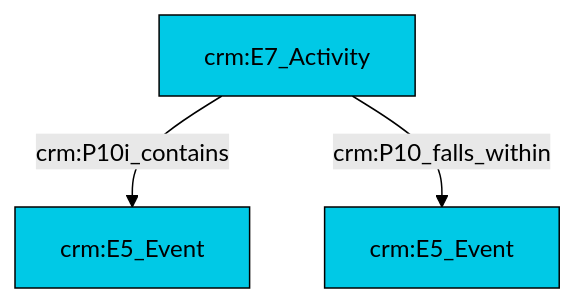
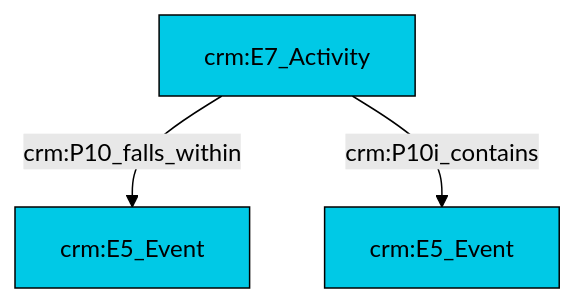
The diagram in et/eventCSV/ttl/mmd/event_parthood.ttl.mmd (swiss-art-research-net/reference-data-models), drawn with Mermaid (forest theme) before and after one commit. The commit also changed 132 other files, not shown here.

```diff
--- a/et/eventCSV/ttl/mmd/event_parthood.ttl.mmd
+++ b/et/eventCSV/ttl/mmd/event_parthood.ttl.mmd
@@ -1,17 +1,17 @@
 graph TD
 classDef Literal fill:#f2f2f2,stroke:#000000;
 classDef CRM_Entity fill:#FFFFFF,stroke:#000000;
 classDef Temporal_Entity fill:#00C9E6, stroke:#000000;
 classDef Type fill:#E18312, stroke:#000000;
 classDef Time-Span fill:#2C9C91, stroke:#000000;
 classDef Appellation fill:#FFEB7F, stroke:#000000;
 classDef Place fill:#008836, stroke:#000000;
 classDef Persistent_Item fill:#B266B2, stroke:#000000;
 classDef Conceptual_Object fill:#FFD700, stroke:#000000;
 classDef Physical_Thing fill:#D2B48C, stroke:#000000;
 classDef Actor fill:#f58aad, stroke:#000000;
 classDef PC_Classes fill:#4ce600, stroke:#000000;
 classDef Multi fill:#cccccc,stroke:#000000;
 
-0["crm:E7_Activity"]:::Temporal_Entity -->|crm:P10i_contains| 2["crm:E5_Event"]:::Temporal_Entity
-0["crm:E7_Activity"]:::Temporal_Entity -->|crm:P10_falls_within| 4["crm:E5_Event"]:::Temporal_Entity
+4["crm:E7_Activity"]:::Temporal_Entity -->|crm:P10_falls_within| 0["crm:E5_Event"]:::Temporal_Entity
+4["crm:E7_Activity"]:::Temporal_Entity -->|crm:P10i_contains| 2["crm:E5_Event"]:::Temporal_Entity
```
